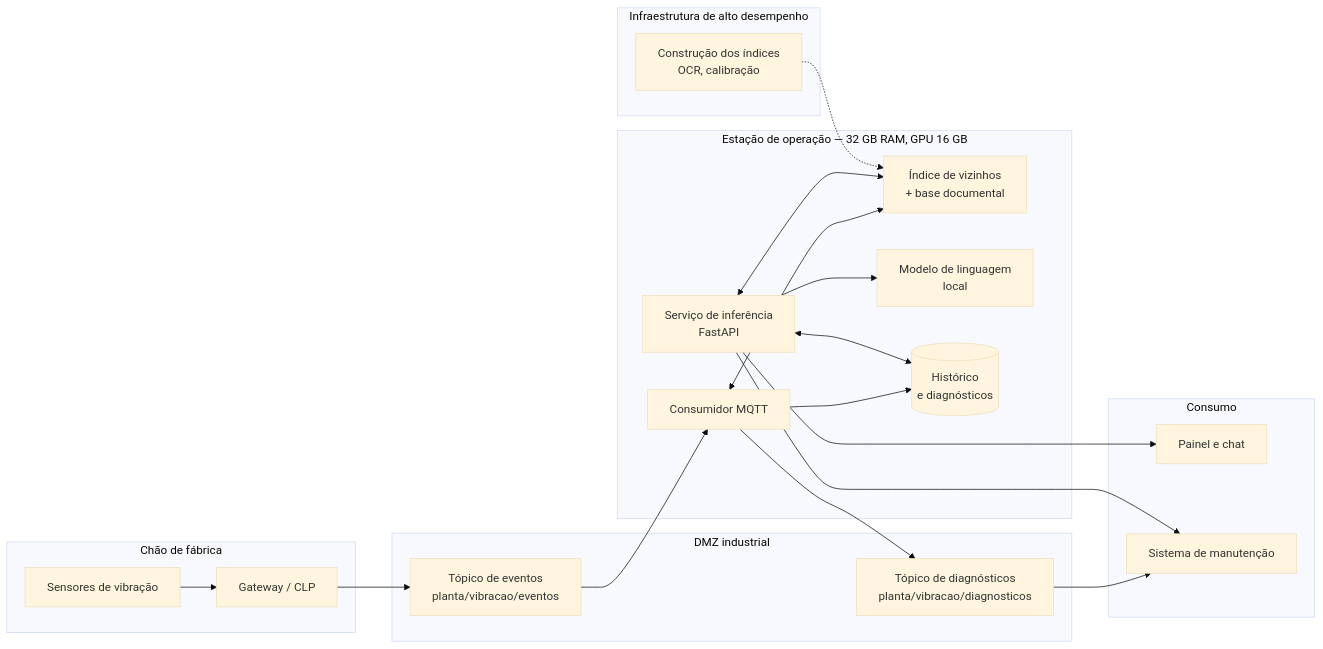
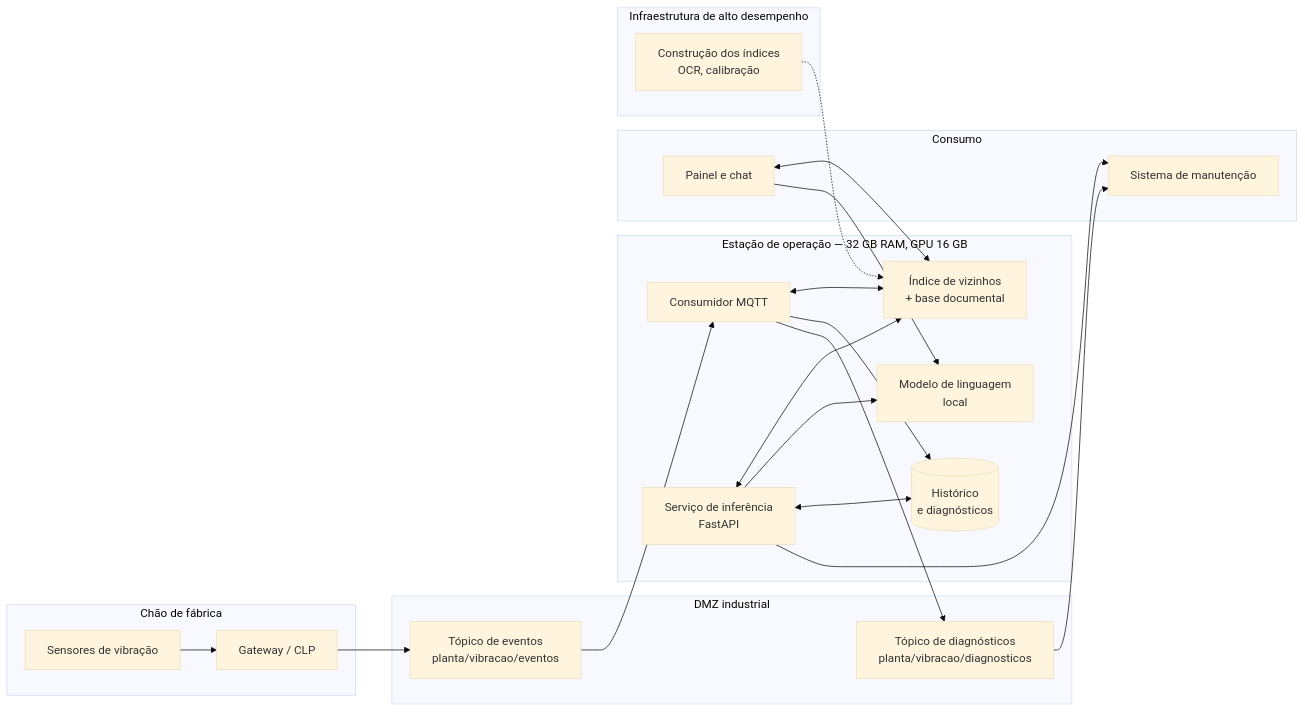
One commit to Dimitrearaujo/prova-manutencao-prescritiva changed the second of 2 diagrams in docs/ARQUITETURA.md. Above: the diagram before and after it, drawn with Mermaid (base theme). The commit also changed other lines of this file, not shown here.

First line of the commit message:
docs: o diagrama da secao 4 desmentia o texto sobre o painel e a API

````diff
--- a/docs/ARQUITETURA.md
+++ b/docs/ARQUITETURA.md
@@ -480,36 +480,37 @@
 ```mermaid
 flowchart LR
     subgraph OT["Chão de fábrica"]
         SENS["Sensores de vibração"]
         CLP["Gateway / CLP"]
     end
     subgraph DMZ["DMZ industrial"]
         FILA["Tópico de eventos<br/>planta/vibracao/eventos"]
         SAI["Tópico de diagnósticos<br/>planta/vibracao/diagnosticos"]
     end
     subgraph EST["Estação de operação — 32 GB RAM, GPU 16 GB"]
         CONS["Consumidor MQTT"]
         API["Serviço de inferência<br/>FastAPI"]
         MEM["Índice de vizinhos<br/>+ base documental"]
         OLL["Modelo de linguagem<br/>local"]
         BD[("Histórico<br/>e diagnósticos")]
     end
     subgraph USO["Consumo"]
         UI["Painel e chat"]
         CMMS["Sistema de manutenção"]
     end
     subgraph LAB["Infraestrutura de alto desempenho"]
         BUILD["Construção dos índices<br/>OCR, calibração"]
     end
 
     SENS --> CLP --> FILA --> CONS
     CONS <--> MEM
     CONS --> BD
     CONS --> SAI --> CMMS
     API <--> MEM
     API --> OLL
     API <--> BD
-    API --> UI
     API --> CMMS
+    UI <--> MEM
+    UI --> OLL
     BUILD -.-> MEM
 ```
````
